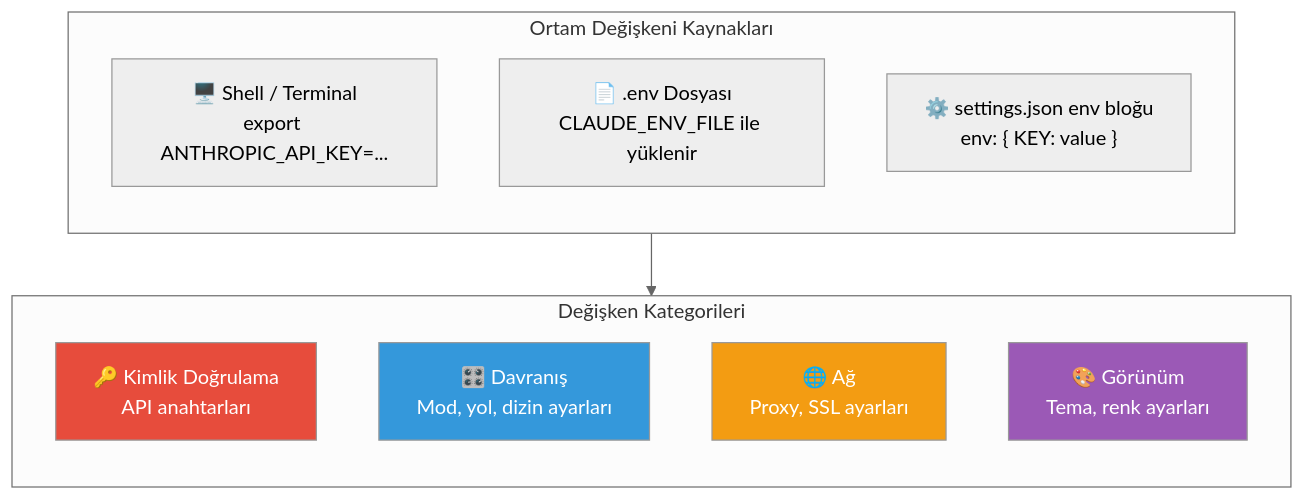
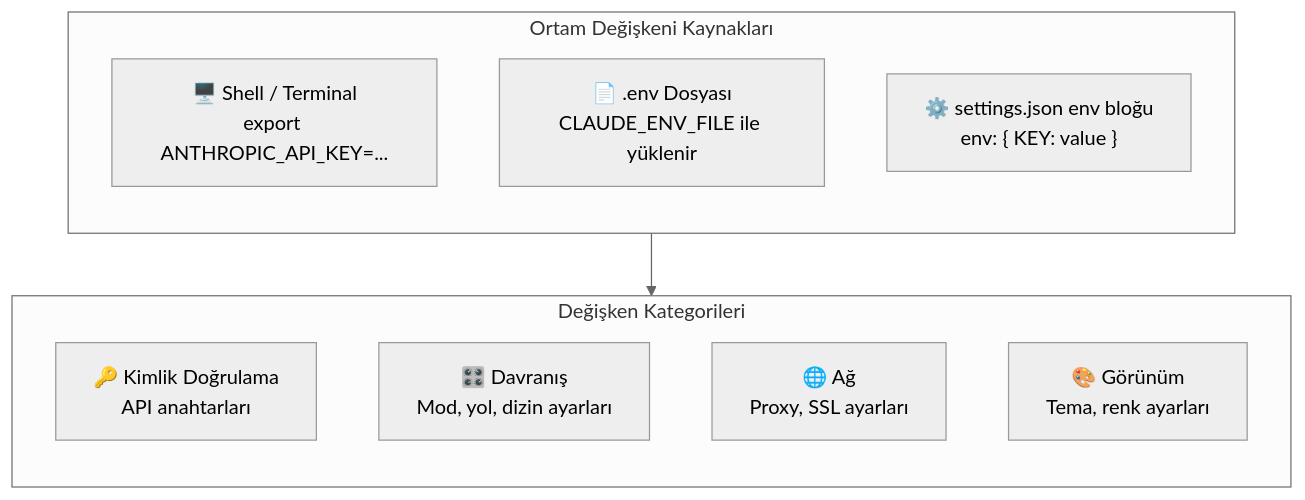
One commit to IzzetYasinAtes/ClaudeCodeHandbook changed the first of 3 diagrams in 17-konfigurasyon/03-ortam-degiskenleri.md. Above: the diagram before and after it, drawn with Mermaid (neutral theme). The commit also changed other lines of this file and 97 other files, not shown here.

Commit message:
Remove all custom Mermaid style/fill colors from 98 markdown files for consistent dark theme rendering

````diff
--- a/17-konfigurasyon/03-ortam-degiskenleri.md
+++ b/17-konfigurasyon/03-ortam-degiskenleri.md
@@ -16,24 +16,20 @@
 ```mermaid
 flowchart TD
     subgraph sources ["Ortam Değişkeni Kaynakları"]
         direction TB
         SHELL["🖥️ Shell / Terminal<br/>export ANTHROPIC_API_KEY=..."]
         ENV_FILE["📄 .env Dosyası<br/>CLAUDE_ENV_FILE ile yüklenir"]
         SETTINGS["⚙️ settings.json env bloğu<br/>env: { KEY: value }"]
     end
 
     subgraph categories ["Değişken Kategorileri"]
         direction TB
         AUTH["🔑 Kimlik Doğrulama<br/>API anahtarları"]
         BEHAVIOR["🎛️ Davranış<br/>Mod, yol, dizin ayarları"]
         NETWORK["🌐 Ağ<br/>Proxy, SSL ayarları"]
         DISPLAY["🎨 Görünüm<br/>Tema, renk ayarları"]
     end
 
     sources --> categories
 
-    style AUTH fill:#E74C3C,color:#fff
-    style BEHAVIOR fill:#3498DB,color:#fff
-    style NETWORK fill:#F39C12,color:#fff
-    style DISPLAY fill:#9B59B6,color:#fff
 ```
````
